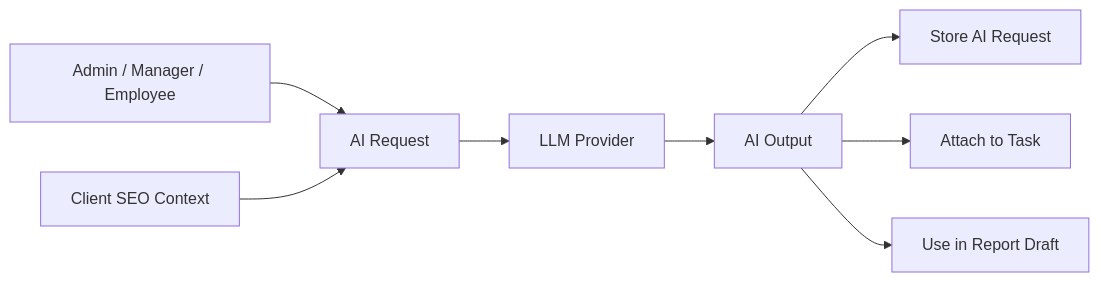
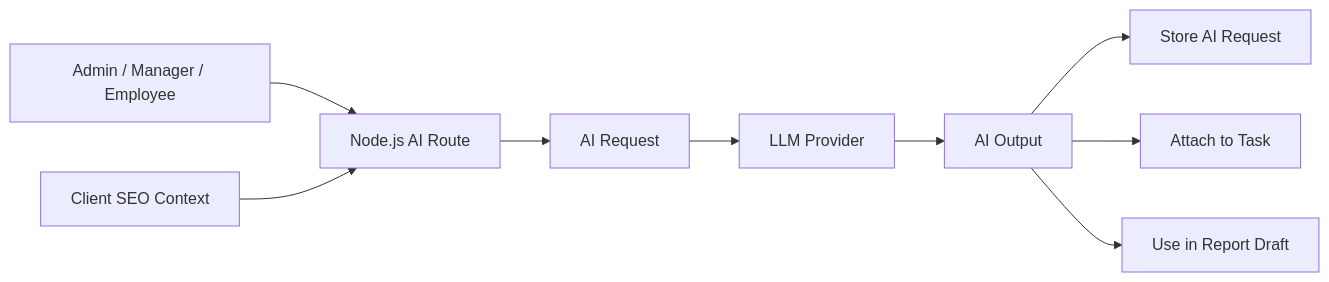
The sixth of 8 diagrams in features-use-cases-10-day-timeline.md (farhansldm/SLDM-seo), drawn with Mermaid before and after one commit. The commit also changed other lines of this file and 32 other files, not shown here.

````diff
--- a/features-use-cases-10-day-timeline.md
+++ b/features-use-cases-10-day-timeline.md
@@ -378,19 +453,21 @@
 ```mermaid
 flowchart LR
     User[Admin / Manager / Employee]
     Context[Client SEO Context]
+    API[Node.js AI Route]
     Prompt[AI Request]
     LLM[LLM Provider]
     Output[AI Output]
     Store[Store AI Request]
     Task[Attach to Task]
     Report[Use in Report Draft]
 
-    User --> Prompt
-    Context --> Prompt
+    User --> API
+    Context --> API
+    API --> Prompt
     Prompt --> LLM
     LLM --> Output
     Output --> Store
     Output --> Task
     Output --> Report
 ```
````
